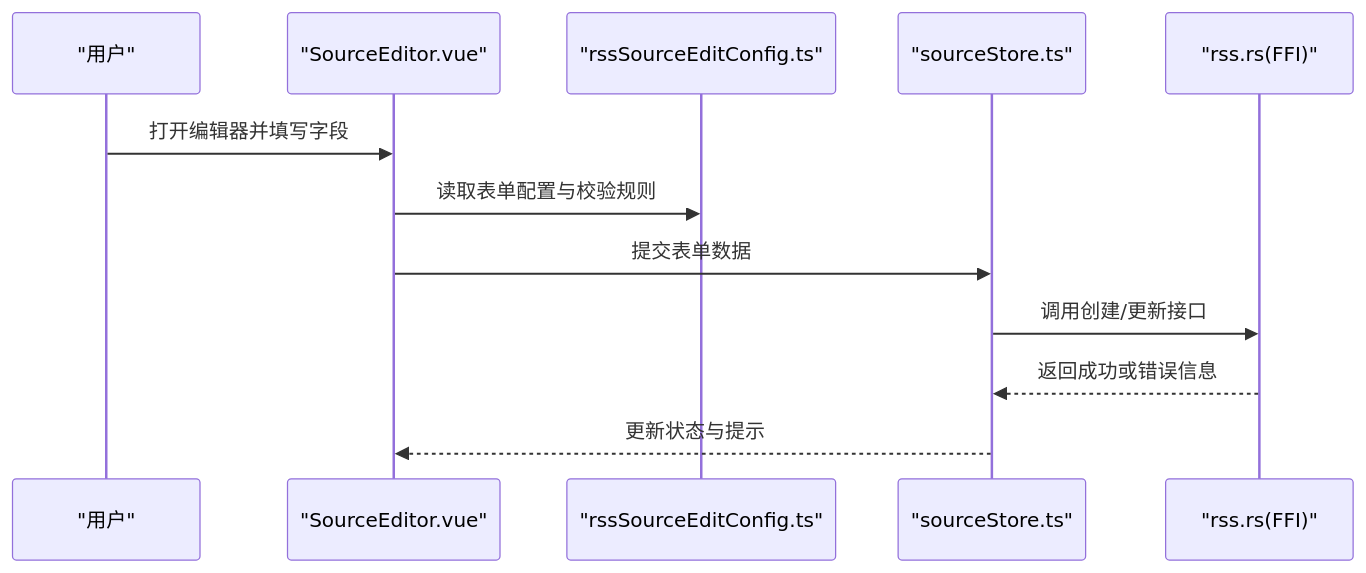
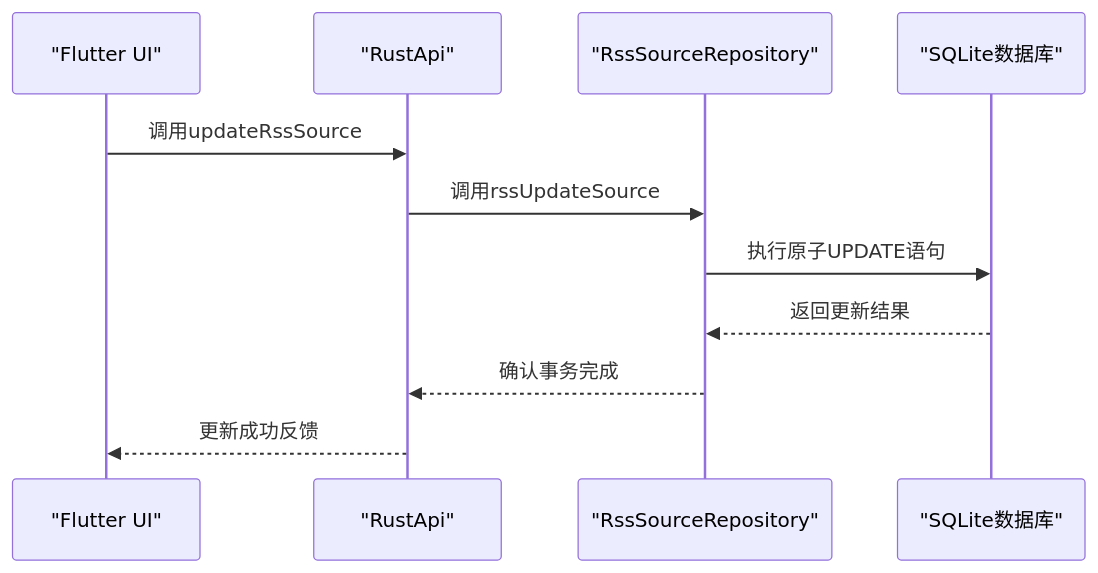
The second of 8 diagrams in .qoder/repowiki/zh/content/RSS订阅系统/RSS源管理.md (ZhangGHGitHub/LegadoTeamFlutter), drawn with Mermaid before and after one commit. The commit also changed other lines of this file and 173 other files, not shown here.

````diff
--- a/.qoder/repowiki/zh/content/RSS订阅系统/RSS源管理.md
+++ b/.qoder/repowiki/zh/content/RSS订阅系统/RSS源管理.md
@@ -290,14 +116,13 @@
 ```mermaid
 sequenceDiagram
-participant User as "用户"
-participant Editor as "SourceEditor.vue"
-participant Config as "rssSourceEditConfig.ts"
-participant Store as "sourceStore.ts"
-participant FFI as "rss.rs(FFI)"
-User->>Editor : 打开编辑器并填写字段
-Editor->>Config : 读取表单配置与校验规则
-Editor->>Store : 提交表单数据
-Store->>FFI : 调用创建/更新接口
-FFI-->>Store : 返回成功或错误信息
-Store-->>Editor : 更新状态与提示
+participant UI as "Flutter UI"
+participant API as "RustApi"
+participant Repo as "RssSourceRepository"
+participant DB as "SQLite数据库"
+UI->>API : 调用updateRssSource
+API->>Repo : 调用rssUpdateSource
+Repo->>DB : 执行原子UPDATE语句
+DB-->>Repo : 返回更新结果
+Repo-->>API : 确认事务完成
+API-->>UI : 更新成功反馈
 ```
````
